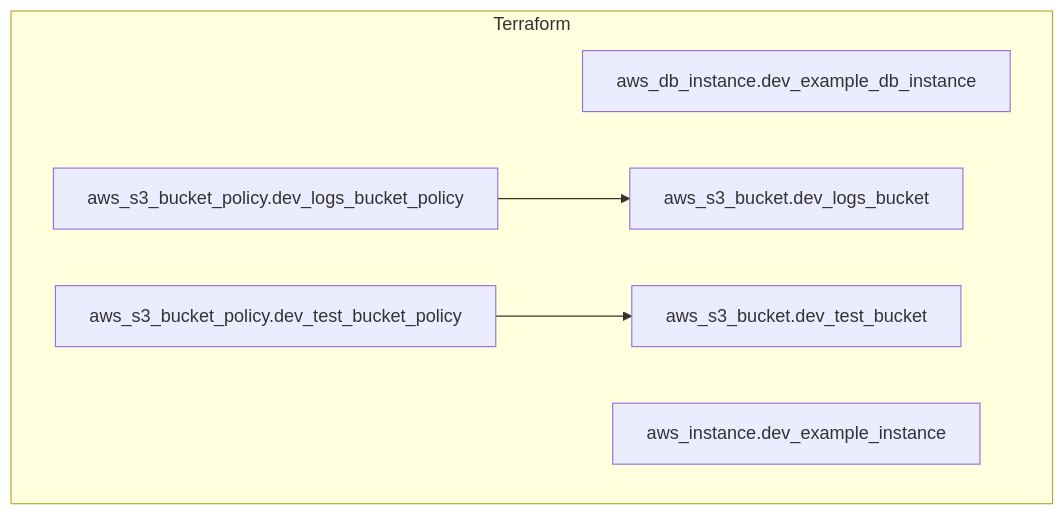
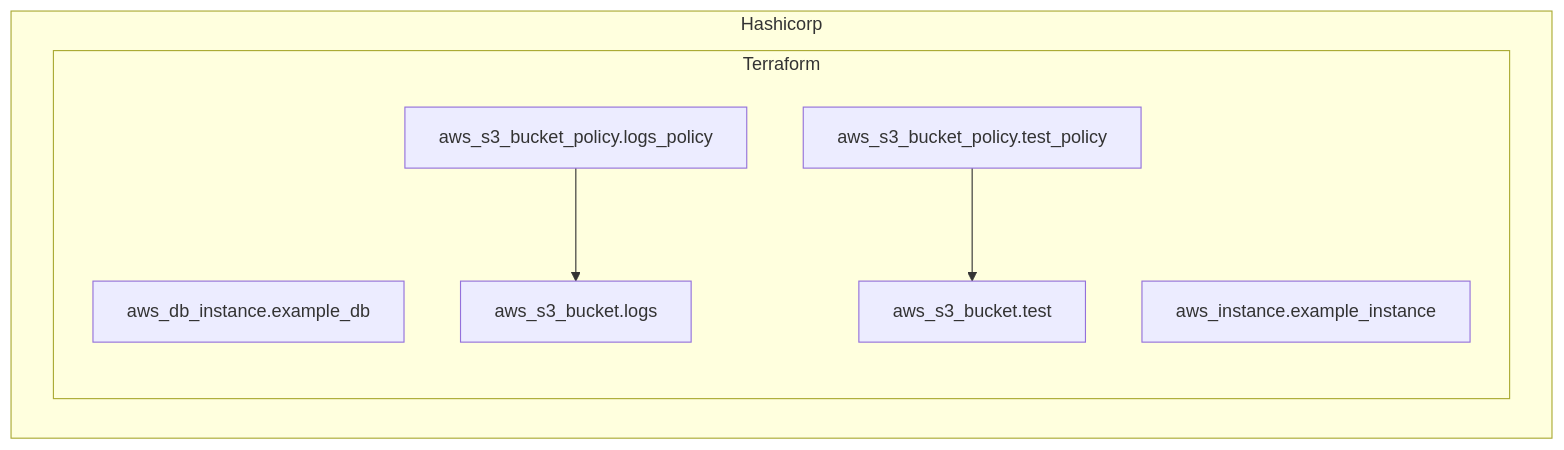
One commit to RoseSecurity/Terramaid changed the diagram in README.md. Above: the diagram before and after it, drawn with Mermaid. The commit also changed 3 other files, not shown here.

Commit message:
Add Flowchart functionality

````diff
--- a/README.md
+++ b/README.md
@@ -23,13 +23,15 @@
 ```mermaid
-flowchart TD;
-        subgraph Terraform
-                aws_db_instance.dev_example_db_instance["aws_db_instance.dev_example_db_instance"]
-                aws_instance.dev_example_instance["aws_instance.dev_example_instance"]
-                aws_s3_bucket.dev_logs_bucket["aws_s3_bucket.dev_logs_bucket"]
-                aws_s3_bucket.dev_test_bucket["aws_s3_bucket.dev_test_bucket"]
-                aws_s3_bucket_policy.dev_logs_bucket_policy["aws_s3_bucket_policy.dev_logs_bucket_policy"]
-                aws_s3_bucket_policy.dev_test_bucket_policy["aws_s3_bucket_policy.dev_test_bucket_policy"]
-                aws_s3_bucket_policy.dev_logs_bucket_policy --> aws_s3_bucket.dev_logs_bucket
-                aws_s3_bucket_policy.dev_test_bucket_policy --> aws_s3_bucket.dev_test_bucket
-        end
+flowchart TD
+ subgraph Hashicorp
+ subgraph Terraform
+  aws_db_instance.example_db["aws_db_instance.example_db"]
+  aws_instance.example_instance["aws_instance.example_instance"]
+  aws_s3_bucket.logs["aws_s3_bucket.logs"]
+  aws_s3_bucket.test["aws_s3_bucket.test"]
+  aws_s3_bucket_policy.logs_policy["aws_s3_bucket_policy.logs_policy"]
+  aws_s3_bucket_policy.test_policy["aws_s3_bucket_policy.test_policy"]
+  aws_s3_bucket_policy.logs_policy --> aws_s3_bucket.logs
+  aws_s3_bucket_policy.test_policy --> aws_s3_bucket.test
+ end
+ end
 ```
````
